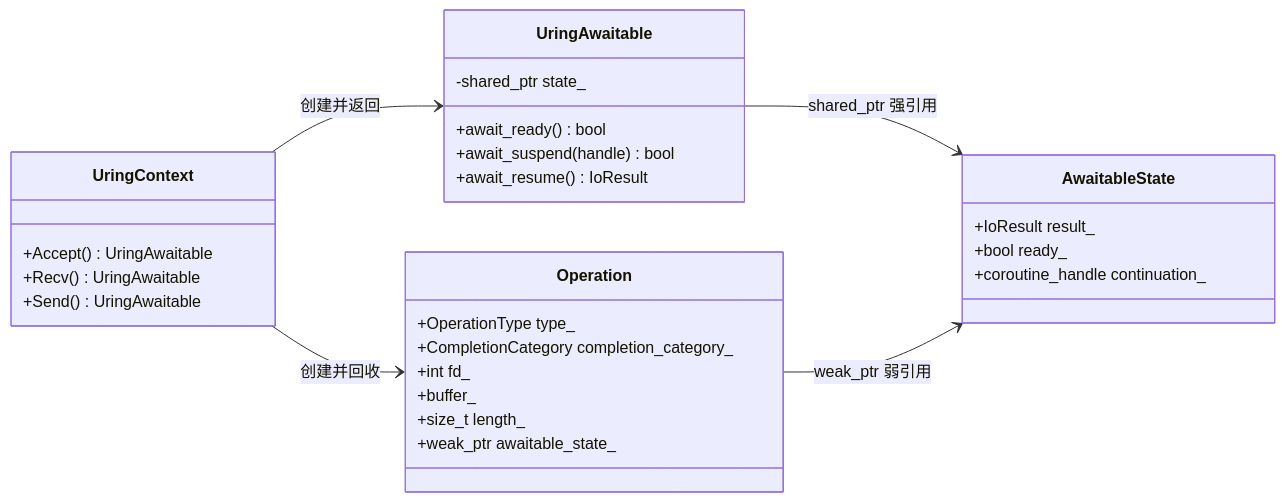
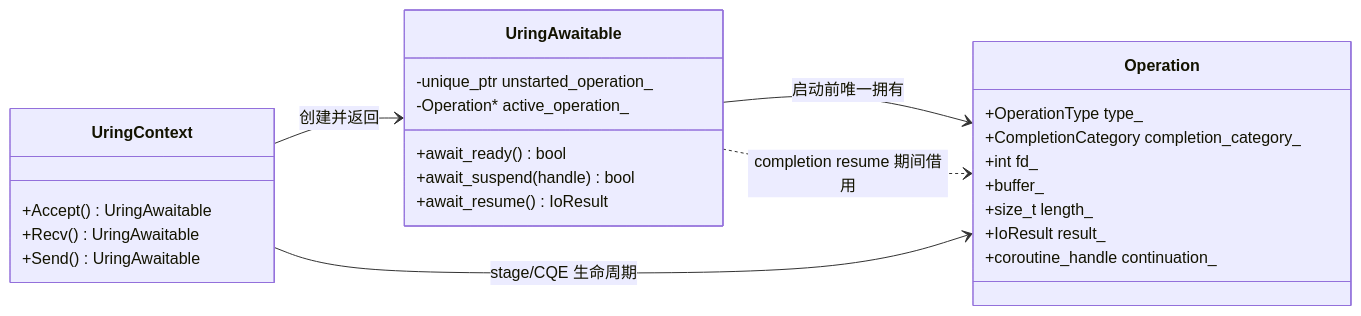
One commit to yuedongcun/xrpc-cpp changed the fourth of 5 diagrams in docs/io-runtime.md. Above: the diagram before and after it, drawn with Mermaid. The commit also changed other lines of this file and 6 other files, not shown here.

````diff
--- a/docs/io-runtime.md
+++ b/docs/io-runtime.md
@@ -165,37 +175,33 @@
 ```mermaid
 classDiagram
   direction LR
 
   class UringContext {
     +Accept() UringAwaitable
     +Recv() UringAwaitable
     +Send() UringAwaitable
   }
 
   class UringAwaitable {
-    -shared_ptr state_
+    -unique_ptr unstarted_operation_
+    -Operation* active_operation_
     +await_ready() bool
     +await_suspend(handle) bool
     +await_resume() IoResult
-  }
-
-  class AwaitableState {
-    +IoResult result_
-    +bool ready_
-    +coroutine_handle continuation_
   }
 
   class Operation {
     +OperationType type_
     +CompletionCategory completion_category_
     +int fd_
     +buffer_
     +size_t length_
-    +weak_ptr awaitable_state_
+    +IoResult result_
+    +coroutine_handle continuation_
   }
 
   UringContext --> UringAwaitable : 创建并返回
-  UringContext --> Operation : 创建并回收
-  UringAwaitable --> AwaitableState : shared_ptr 强引用
-  Operation --> AwaitableState : weak_ptr 弱引用
+  UringAwaitable --> Operation : 启动前唯一拥有
+  UringContext --> Operation : stage/CQE 生命周期
+  UringAwaitable ..> Operation : completion resume 期间借用
 ```
````
